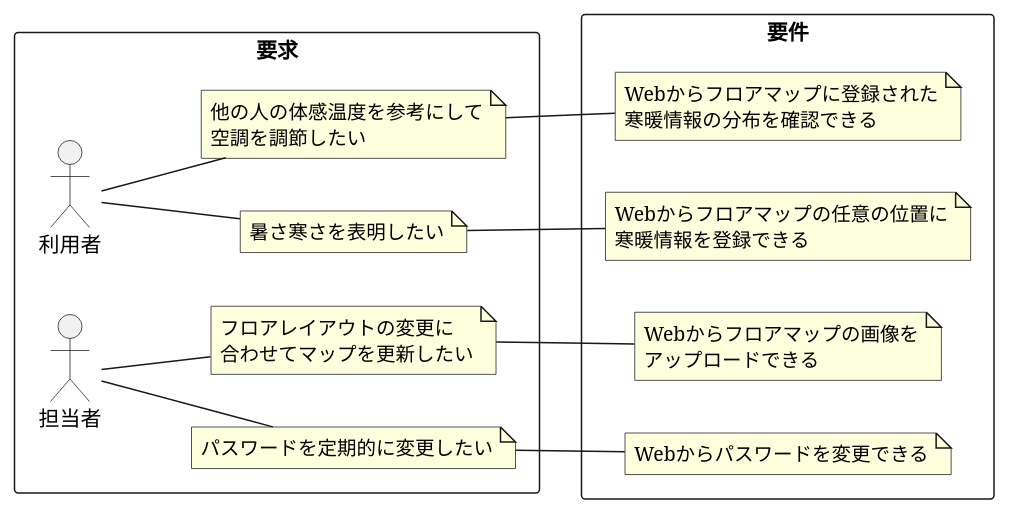
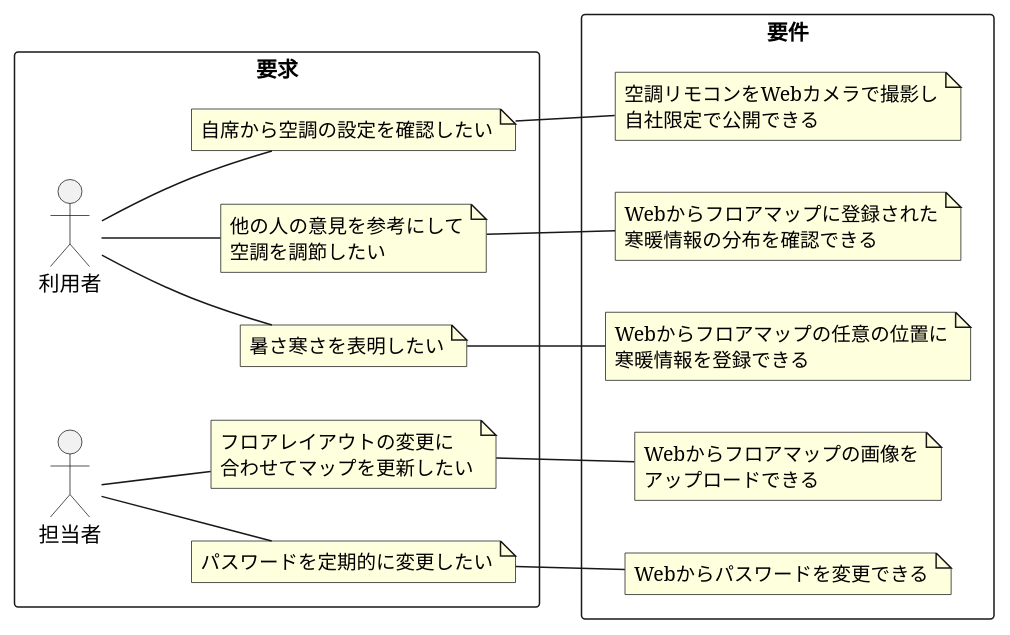
The diagram in requirement-model.puml (kkismd/document-template), drawn with PlantUML before and after one commit. The commit also changed 13 other files, not shown here.

```diff
--- a/requirement-model.puml
+++ b/requirement-model.puml
@@ -1,30 +1,34 @@
 @startuml
 left to right direction
 
 rectangle 要求 {
 actor 利用者
 note  "暑さ寒さを表明したい" as N1
-note  "他の人の体感温度を参考にして\n空調を調節したい" as N2
+note  "他の人の意見を参考にして\n空調を調節したい" as N2
+note "自席から空調の設定を確認したい" as N5
 
 actor 担当者
 note  "パスワードを定期的に変更したい" as N3
 note  "フロアレイアウトの変更に\n合わせてマップを更新したい" as N4
 
 }
 利用者 -- N1
 利用者 -- N2
 担当者 -- N3
 担当者 -- N4
+利用者 -- N5
 
 rectangle 要件 {
 note "Webからフロアマップの任意の位置に\n寒暖情報を登録できる" as R1
 note "Webからフロアマップに登録された\n寒暖情報の分布を確認できる" as R2
 note "Webからパスワードを変更できる" as R3
 note "Webからフロアマップの画像を\nアップロードできる" as R4
+note "空調リモコンをWebカメラで撮影し\n自社限定で公開できる" as R5
 }
 N1 -- R1
 N2 -- R2
 N3 -- R3
 N4 -- R4
+N5 -- R5
 
 @enduml
```
